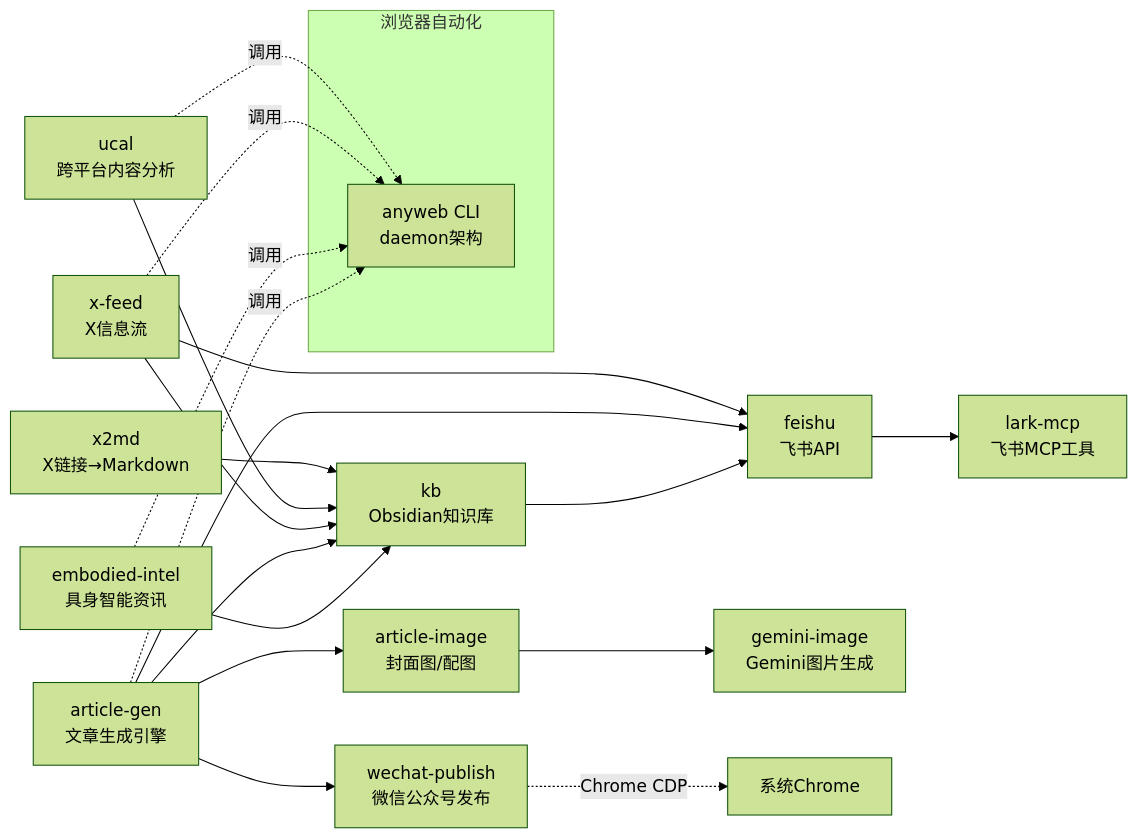
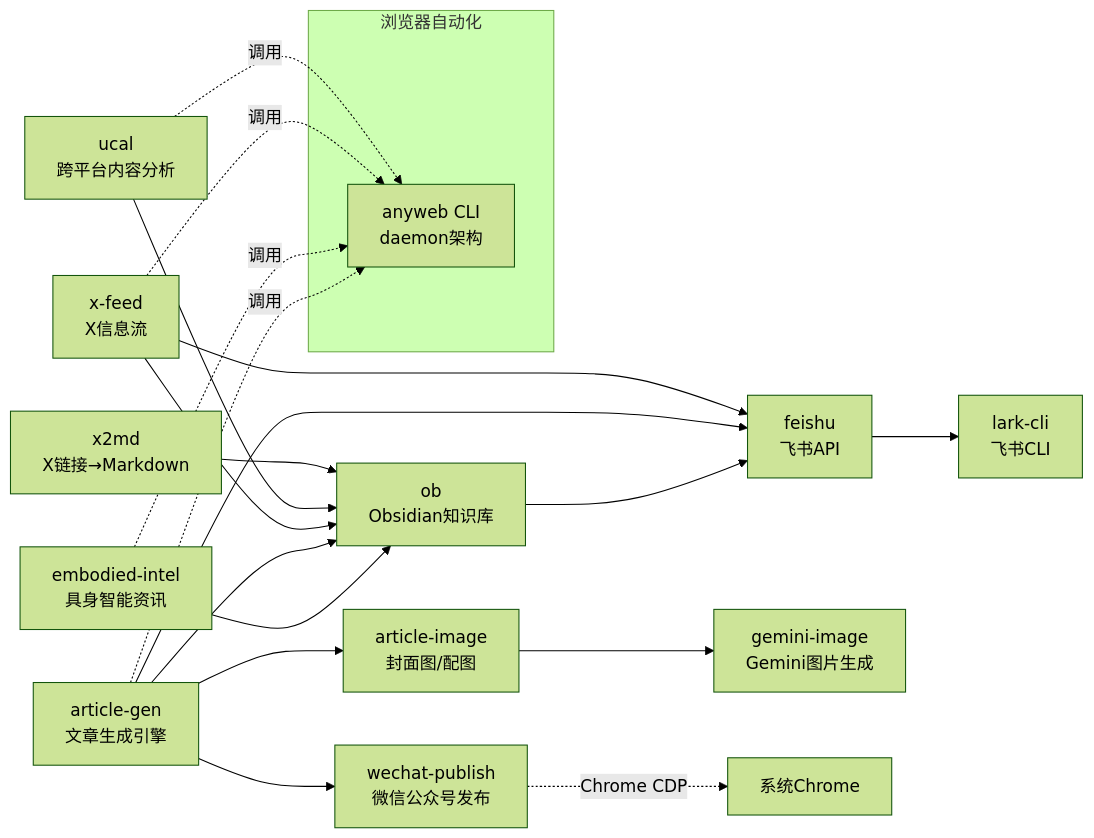
The first of 4 diagrams in ARCHITECTURE.md (Mixiaomiupup/claude-skills), drawn with Mermaid (forest theme) before and after one commit. The commit also changed other lines of this file and 44 other files, not shown here.

First line of the commit message:
feat: add obsidian CLI support, new skills (cs2-update, lark-*, notify, project-sync)

````diff
--- a/ARCHITECTURE.md
+++ b/ARCHITECTURE.md
@@ -12,29 +12,29 @@
 ```mermaid
 graph LR
-    x2md[x2md<br/>X链接→Markdown] --> kb
-    ucal[ucal<br/>跨平台内容分析] --> kb
-    x-feed[x-feed<br/>X信息流] --> kb
+    x2md[x2md<br/>X链接→Markdown] --> ob
+    ucal[ucal<br/>跨平台内容分析] --> ob
+    x-feed[x-feed<br/>X信息流] --> ob
     x-feed --> feishu
 
     article-gen[article-gen<br/>文章生成引擎] --> article-image
     article-gen --> feishu
-    article-gen --> kb
+    article-gen --> ob
     article-gen --> wechat-publish
     article-image[article-image<br/>封面图/配图] --> gemini-image[gemini-image<br/>Gemini图片生成]
 
-    kb[kb<br/>Obsidian知识库] --> feishu[feishu<br/>飞书API]
-    feishu --> lark-mcp[lark-mcp<br/>飞书MCP工具]
+    ob[ob<br/>Obsidian知识库] --> feishu[feishu<br/>飞书API]
+    feishu --> lark-cli[lark-cli<br/>飞书CLI]
 
     wechat-publish[wechat-publish<br/>微信公众号发布] -.->|Chrome CDP| chrome[系统Chrome]
 
-    embodied-intel[embodied-intel<br/>具身智能资讯] --> kb
+    embodied-intel[embodied-intel<br/>具身智能资讯] --> ob
 
     subgraph 浏览器自动化
         anyweb[anyweb CLI<br/>daemon架构]
     end
 
     ucal -.->|调用| anyweb
     x-feed -.->|调用| anyweb
     embodied-intel -.->|调用| anyweb
     article-gen -.->|调用| anyweb
 ```
````
